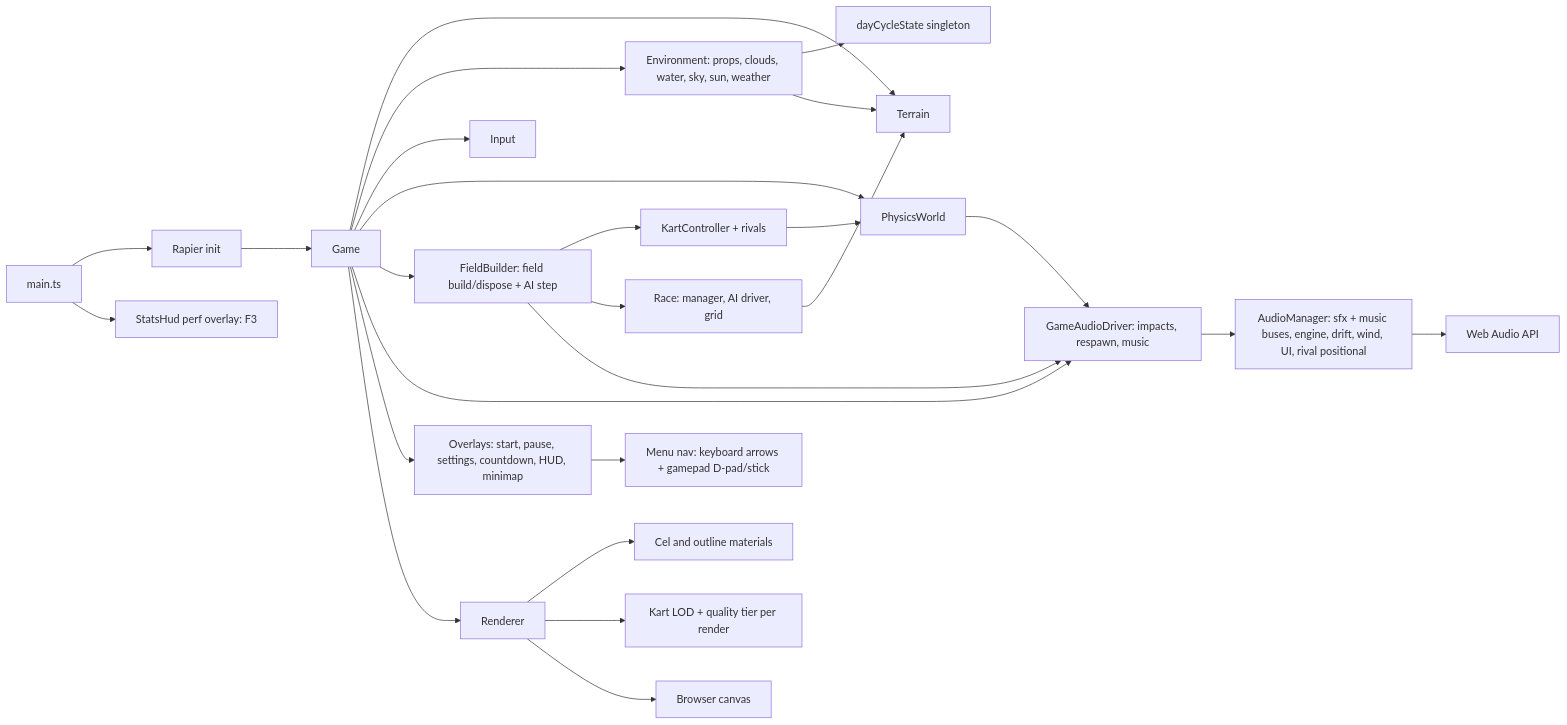
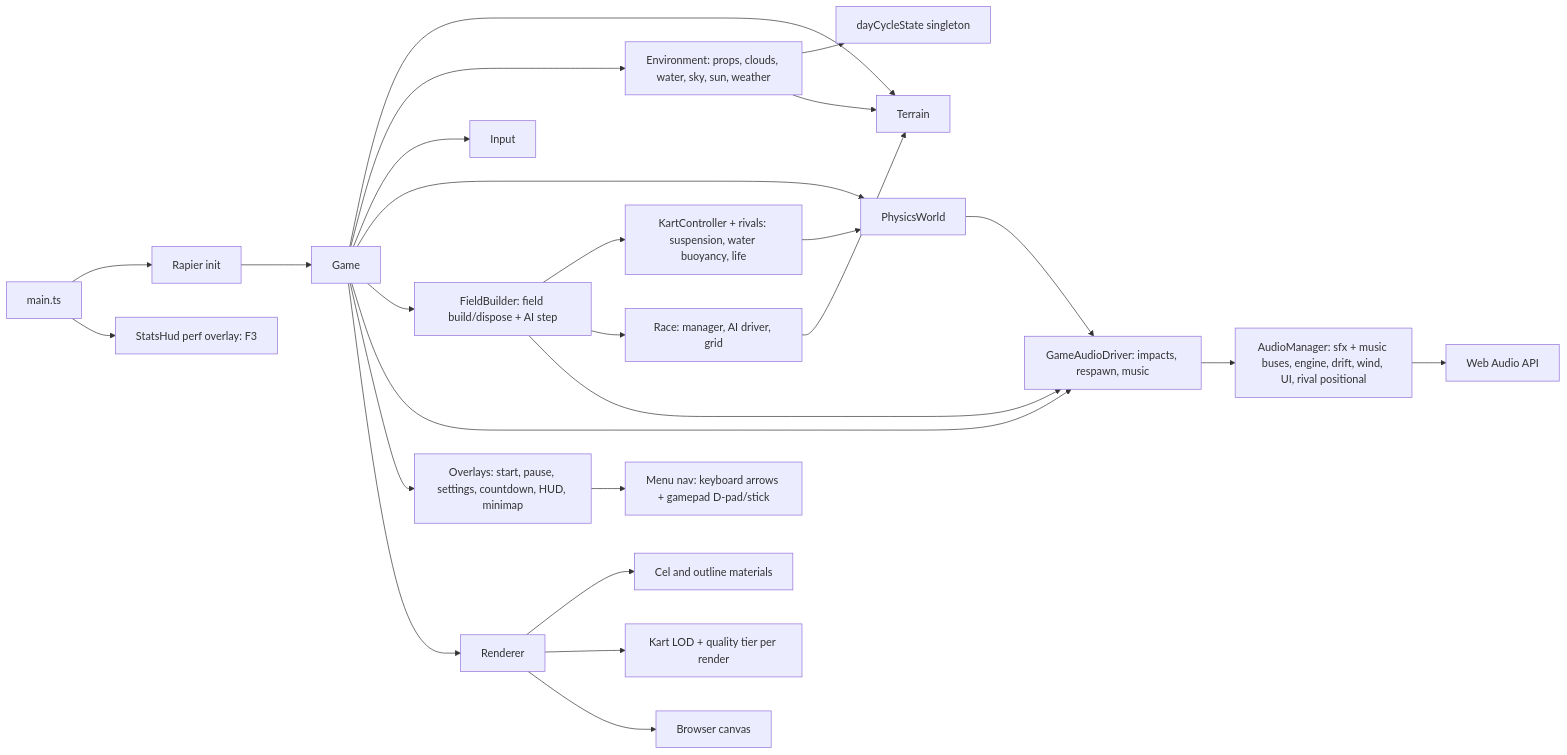
One commit to jjgroenendijk/cart-game changed the diagram in AGENTS.md. Above: the diagram before and after it, drawn with Mermaid. The commit also changed 15 other files, not shown here.

First line of the commit message:
018 Water buoyancy + life bar (#22)

````diff
--- a/AGENTS.md
+++ b/AGENTS.md
@@ -23,28 +23,28 @@
 ```mermaid
 flowchart LR
   main[main.ts] --> rapier[Rapier init]
   rapier --> game[Game]
   game --> terrain[Terrain]
   game --> env[Environment: props, clouds, water, sky, sun, weather]
   env --> dayCycle[dayCycleState singleton]
   env --> terrain
   game --> input[Input]
   game --> physics[PhysicsWorld]
   game --> field[FieldBuilder: field build/dispose + AI step]
-  field --> kart[KartController + rivals]
+  field --> kart[KartController + rivals: suspension, water buoyancy, life]
   field --> race[Race: manager, AI driver, grid]
   kart --> physics
   race --> terrain
   game --> gameAudio[GameAudioDriver: impacts, respawn, music]
   field --> gameAudio
   physics --> gameAudio
   gameAudio --> audio[AudioManager: sfx + music buses, engine, drift, wind, UI, rival positional]
   audio --> webaudio[Web Audio API]
   game --> ui[Overlays: start, pause, settings, countdown, HUD, minimap]
   ui --> menuNav[Menu nav: keyboard arrows + gamepad D-pad/stick]
   game --> renderer[Renderer]
   renderer --> materials[Cel and outline materials]
   renderer --> lod[Kart LOD + quality tier per render]
   renderer --> canvas[Browser canvas]
   main --> statsHud[StatsHud perf overlay: F3]
 ```
````
